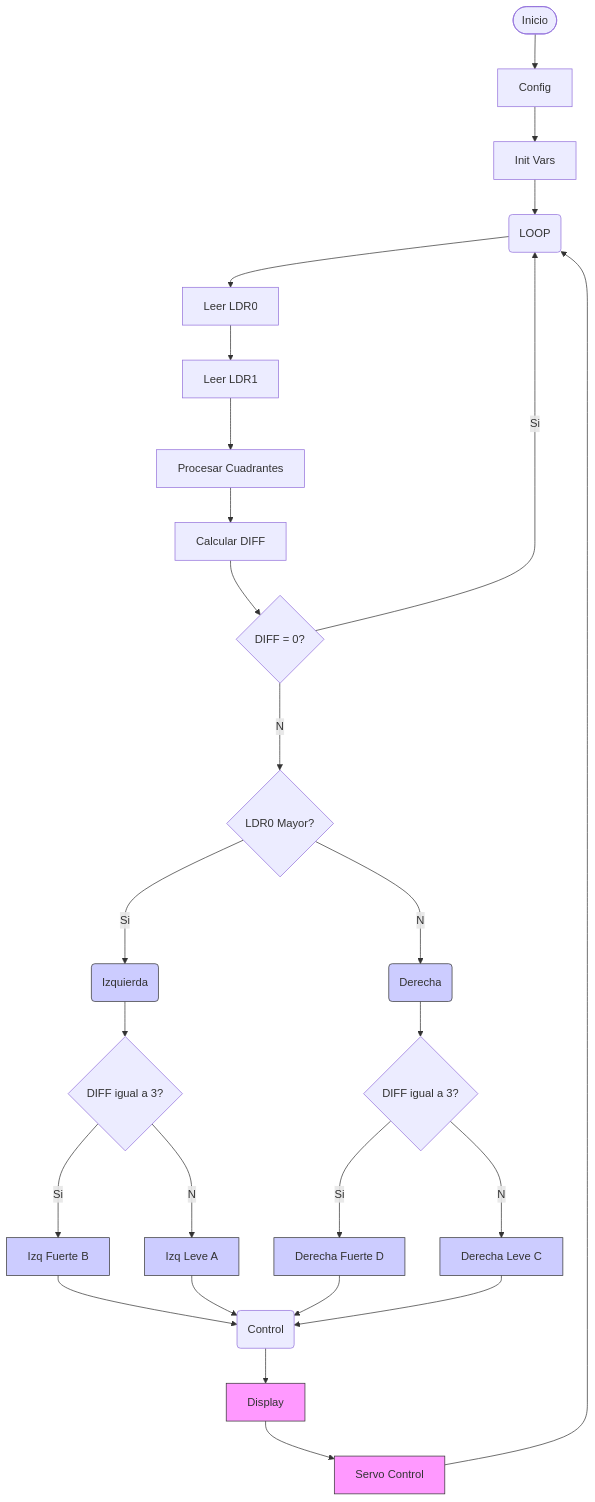
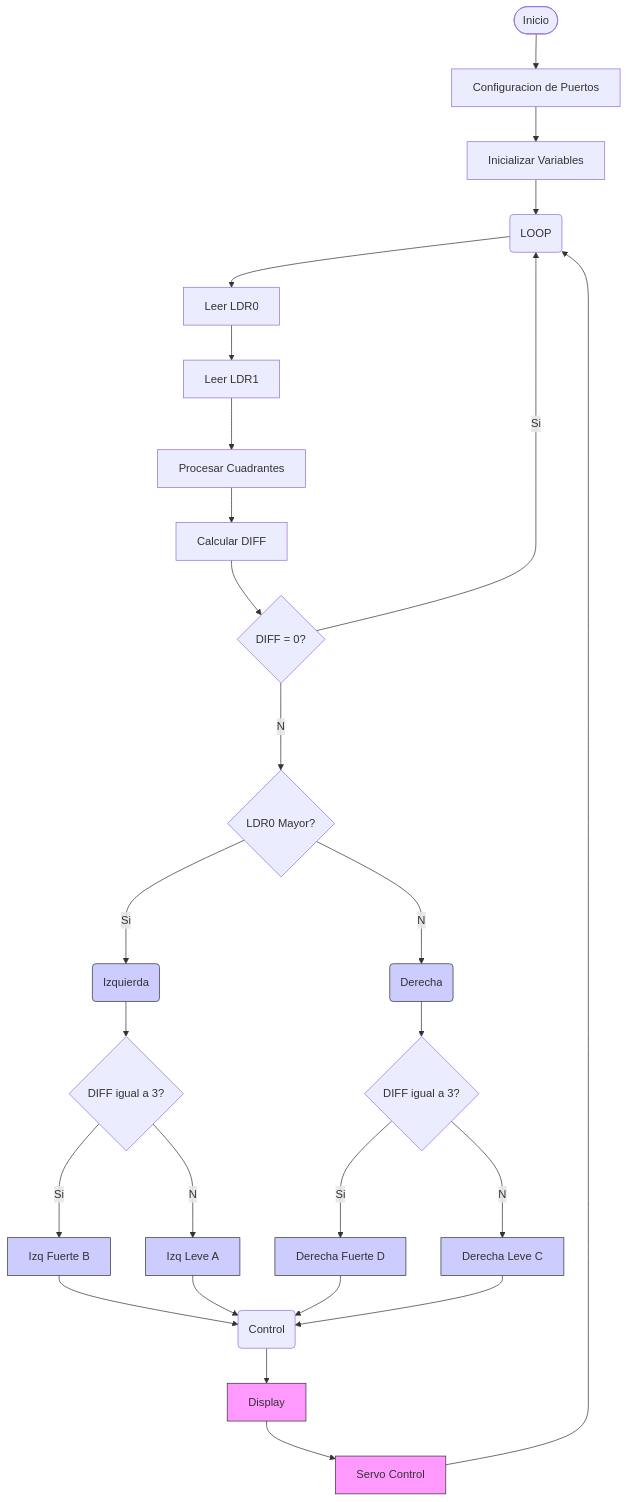
Before and after one commit to juan-felipe-castilla/Digital2: the diagram in README.md, drawn with Mermaid.

````diff
--- a/README.md
+++ b/README.md
@@ -64,37 +64,37 @@
 ```mermaid 
 flowchart TD
-A([Inicio])-->B[Config]
-B-->C[Init Vars]
+A([Inicio])-->B[Configuracion de Puertos]
+B-->C[Inicializar Variables]
 C-->D(LOOP)
 D-->E[Leer LDR0]
 E-->F[Leer LDR1]
 F-->I[Procesar Cuadrantes]
 I-->J[Calcular DIFF]
 J-->K{DIFF = 0?}
 K--Si-->D
 K--No-->L{LDR0 Mayor?}
 L--Si-->M(Izquierda)
 L--No-->N(Derecha)
 M-->M1{DIFF igual a 3?}
 M1--Si-->O[Izq Fuerte B]
 M1--No-->P[Izq Leve A]
 N-->N1{DIFF igual a 3?}
 N1--Si-->Q[Derecha Fuerte D]
 N1--No-->R[Derecha Leve C]
 O-->S(Control)
 P-->S
 Q-->S
 R-->S
 S-->T[Display]
 T-->U[Servo Control]
 U-->D
 
 style M fill:#ccf,stroke:#333
 style N fill:#ccf,stroke:#333
 style O fill:#ccf,stroke:#333
 style P fill:#ccf,stroke:#333
 style Q fill:#ccf,stroke:#333
 style R fill:#ccf,stroke:#333
 style T fill:#f9f,stroke:#333
 style U fill:#f9f,stroke:#333
 ```
````
